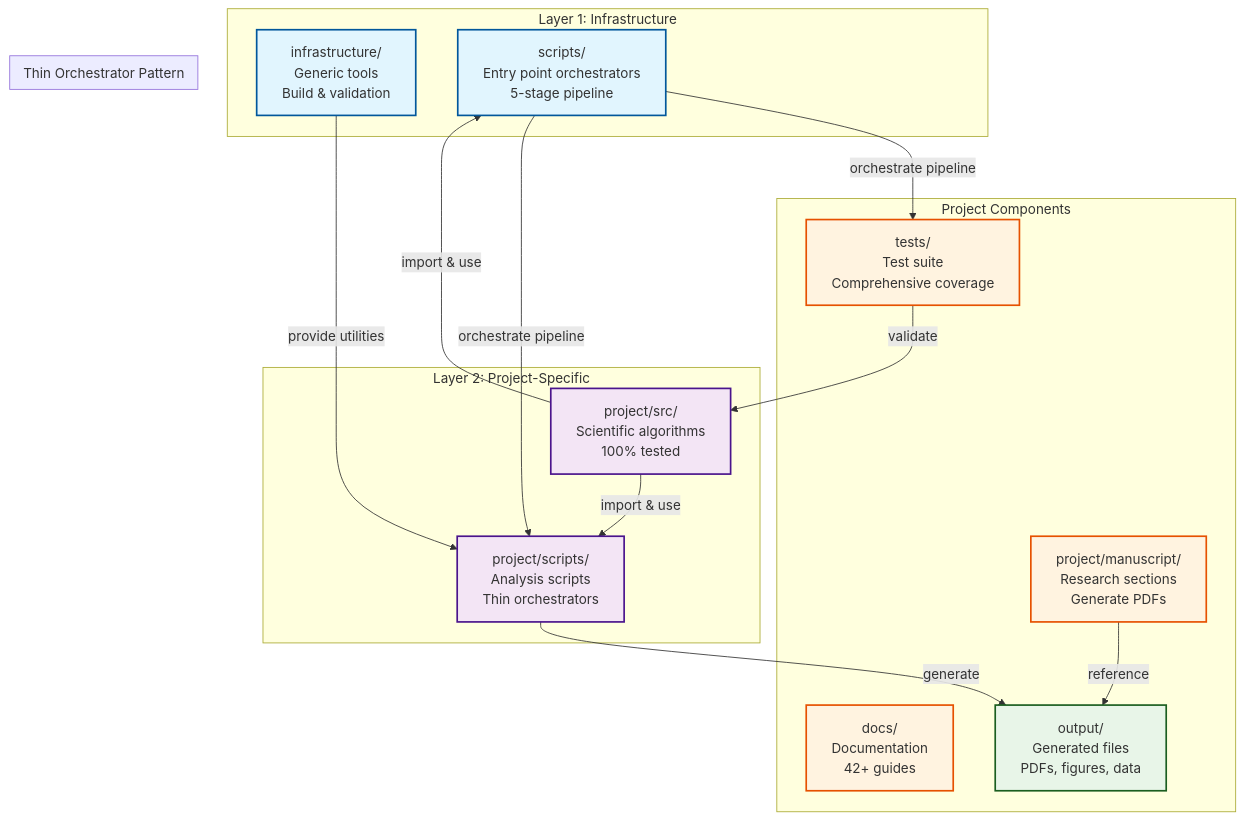
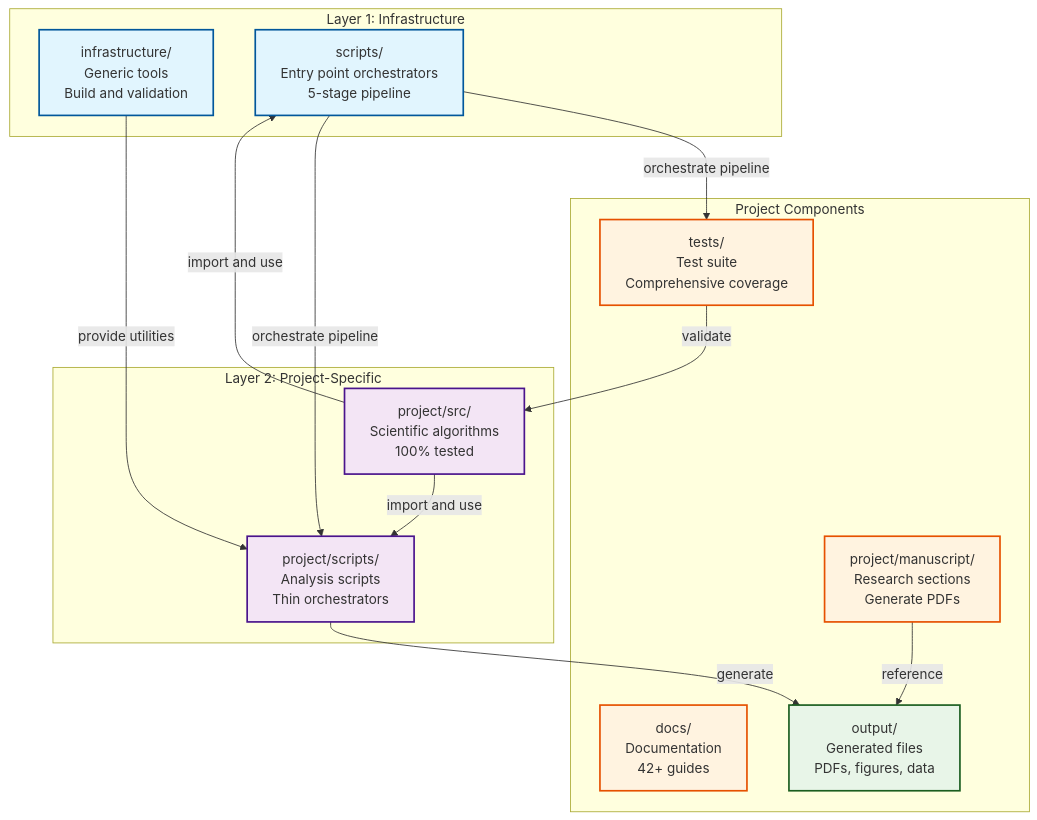
Before and after one commit to docxology/template: the fourth of 6 diagrams in README.md, drawn with Mermaid. The commit also changed other lines of this file and 1 other file, not shown here.

````diff
--- a/README.md
+++ b/README.md
@@ -302,40 +302,38 @@
 ```mermaid
 graph TB
-    subgraph "Layer 1: Infrastructure"
-        INFRA[infrastructure/<br/>Generic tools<br/>Build & validation]
+    subgraph L1["Layer 1: Infrastructure"]
+        INFRA[infrastructure/<br/>Generic tools<br/>Build and validation]
         INFRA_SCRIPTS[scripts/<br/>Entry point orchestrators<br/>5-stage pipeline]
     end
     
-    subgraph "Layer 2: Project-Specific"
+    subgraph L2["Layer 2: Project-Specific"]
         SRC[project/src/<br/>Scientific algorithms<br/>100% tested]
         SCRIPTS[project/scripts/<br/>Analysis scripts<br/>Thin orchestrators]
     end
     
-    subgraph "Project Components"
+    subgraph PC["Project Components"]
         TESTS[tests/<br/>Test suite<br/>Comprehensive coverage]
         DOCS[docs/<br/>Documentation<br/>42+ guides]
         MANUSCRIPT[project/manuscript/<br/>Research sections<br/>Generate PDFs]
         OUTPUT[output/<br/>Generated files<br/>PDFs, figures, data]
     end
     
-    subgraph "Thin Orchestrator Pattern"
-        SRC -->|"import & use"| SCRIPTS
-        SRC -->|"import & use"| INFRA_SCRIPTS
-        INFRA -->|"provide utilities"| SCRIPTS
-        SCRIPTS -->|"generate"| OUTPUT
-        INFRA_SCRIPTS -->|"orchestrate pipeline"| TESTS
-        INFRA_SCRIPTS -->|"orchestrate pipeline"| SCRIPTS
-        MANUSCRIPT -->|"reference"| OUTPUT
-        TESTS -->|"validate"| SRC
-    end
+    SRC -->|import and use| SCRIPTS
+    SRC -->|import and use| INFRA_SCRIPTS
+    INFRA -->|provide utilities| SCRIPTS
+    SCRIPTS -->|generate| OUTPUT
+    INFRA_SCRIPTS -->|orchestrate pipeline| TESTS
+    INFRA_SCRIPTS -->|orchestrate pipeline| SCRIPTS
+    MANUSCRIPT -->|reference| OUTPUT
+    TESTS -->|validate| SRC
     
     classDef layer1 fill:#e1f5fe,stroke:#01579b,stroke-width:2px
     classDef layer2 fill:#f3e5f5,stroke:#4a148c,stroke-width:2px
     classDef core fill:#fff3e0,stroke:#e65100,stroke-width:2px
     classDef output fill:#e8f5e8,stroke:#1b5e20,stroke-width:2px
     
     class INFRA,INFRA_SCRIPTS layer1
     class SRC,SCRIPTS layer2
     class TESTS,DOCS,MANUSCRIPT core
     class OUTPUT output
 ```
````
